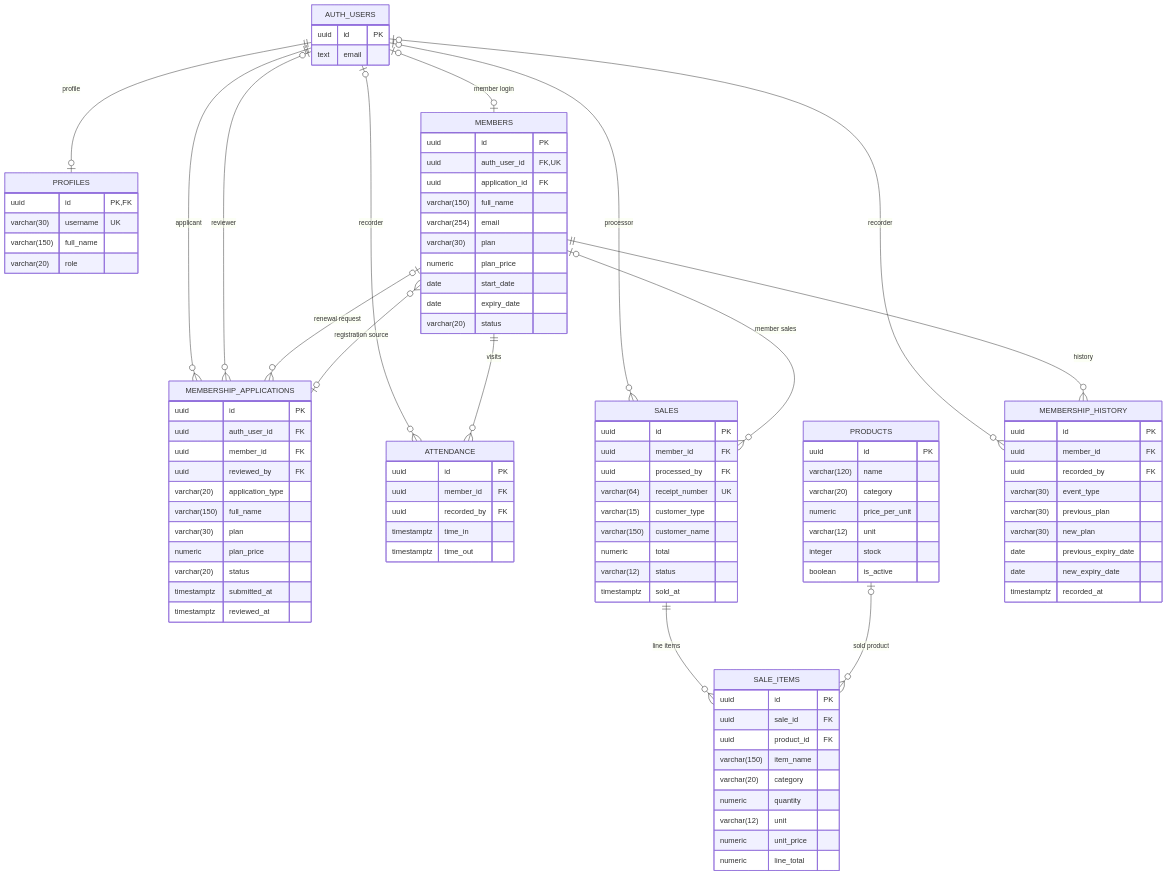
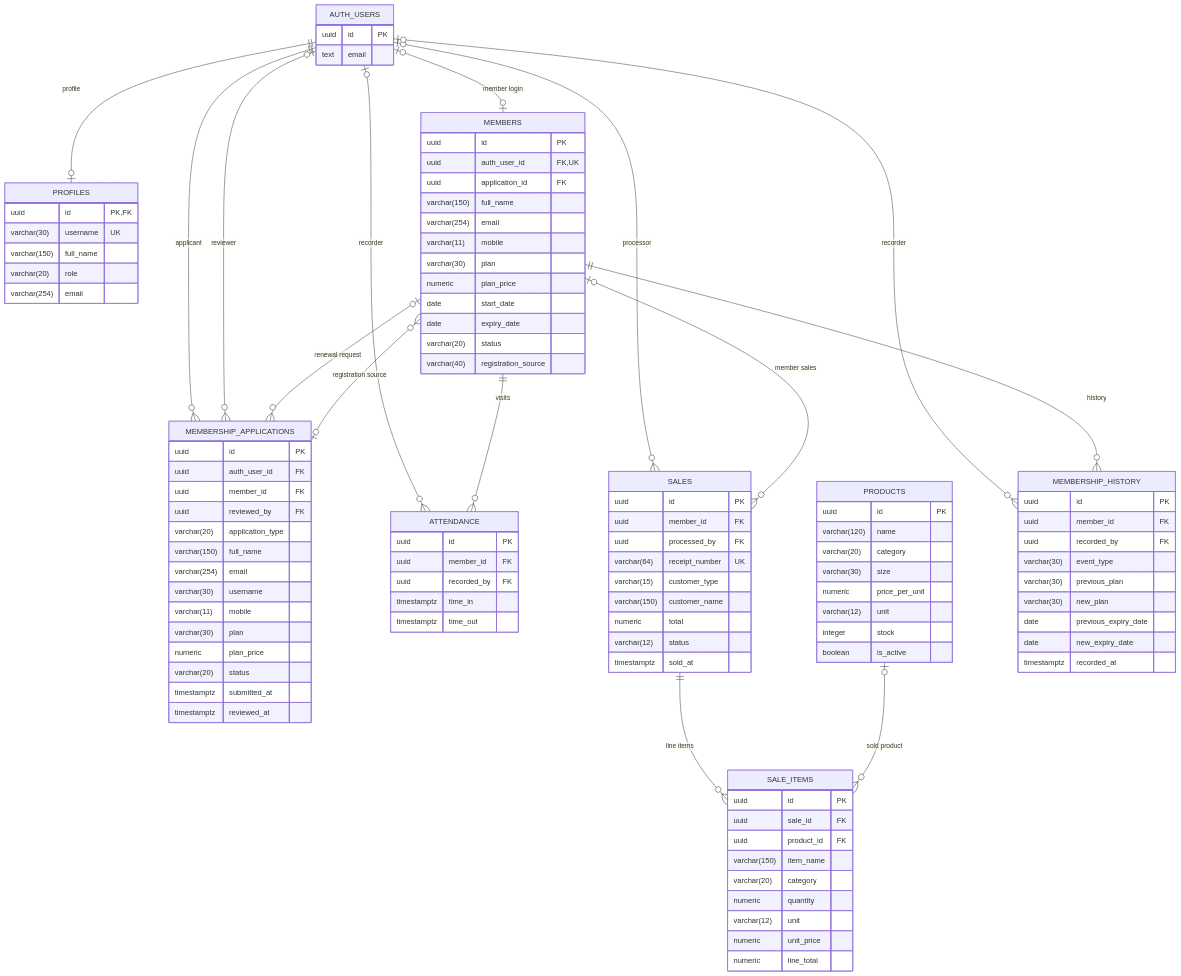
One commit to IronGrind/irongrind.github.io changed the diagram in Documentations/iron-grind-erd-simplified.mmd. Above: the diagram before and after it, drawn with Mermaid. The commit also changed 1 other file, not shown here.

Commit message:
Add new fields to ERD and update data types in documentation files

```diff
--- a/Documentations/iron-grind-erd-simplified.mmd
+++ b/Documentations/iron-grind-erd-simplified.mmd
@@ -1,114 +1,121 @@
 erDiagram
     direction TB
     %% Simplified view of the project database: core fields and declared foreign keys.
     %% AUTH_USERS represents Supabase auth.users, which is managed outside public.
     %% Nullable foreign keys and uniqueness are shown where they affect relationships.
 
     AUTH_USERS {
         uuid id PK
         text email
     }
 
     PROFILES {
         uuid id PK,FK
         varchar(30) username UK
         varchar(150) full_name
         varchar(20) role
+        varchar(254) email
     }
 
     MEMBERS {
         uuid id PK
         uuid auth_user_id FK,UK
         uuid application_id FK
         varchar(150) full_name
         varchar(254) email
+        varchar(11) mobile
         varchar(30) plan
         numeric plan_price
         date start_date
         date expiry_date
         varchar(20) status
+        varchar(40) registration_source
     }
 
     MEMBERSHIP_APPLICATIONS {
         uuid id PK
         uuid auth_user_id FK
         uuid member_id FK
         uuid reviewed_by FK
         varchar(20) application_type
         varchar(150) full_name
+        varchar(254) email
+        varchar(30) username
+        varchar(11) mobile
         varchar(30) plan
         numeric plan_price
         varchar(20) status
         timestamptz submitted_at
         timestamptz reviewed_at
     }
 
     ATTENDANCE {
         uuid id PK
         uuid member_id FK
         uuid recorded_by FK
         timestamptz time_in
         timestamptz time_out
     }
 
     PRODUCTS {
         uuid id PK
         varchar(120) name
         varchar(20) category
+        varchar(30) size
         numeric price_per_unit
         varchar(12) unit
         integer stock
         boolean is_active
     }
 
     SALES {
         uuid id PK
         uuid member_id FK
         uuid processed_by FK
         varchar(64) receipt_number UK
         varchar(15) customer_type
         varchar(150) customer_name
         numeric total
         varchar(12) status
         timestamptz sold_at
     }
 
     SALE_ITEMS {
         uuid id PK
         uuid sale_id FK
         uuid product_id FK
         varchar(150) item_name
         varchar(20) category
         numeric quantity
         varchar(12) unit
         numeric unit_price
         numeric line_total
     }
 
     MEMBERSHIP_HISTORY {
         uuid id PK
         uuid member_id FK
         uuid recorded_by FK
         varchar(30) event_type
         varchar(30) previous_plan
         varchar(30) new_plan
         date previous_expiry_date
         date new_expiry_date
         timestamptz recorded_at
     }
 
     AUTH_USERS ||--o| PROFILES : "profile"
     AUTH_USERS o|--o| MEMBERS : "member login"
     AUTH_USERS ||--o{ MEMBERSHIP_APPLICATIONS : "applicant"
     AUTH_USERS o|--o{ MEMBERSHIP_APPLICATIONS : "reviewer"
     AUTH_USERS o|--o{ ATTENDANCE : "recorder"
     AUTH_USERS o|--o{ SALES : "processor"
     AUTH_USERS o|--o{ MEMBERSHIP_HISTORY : "recorder"
 
     MEMBERS o|--o{ MEMBERSHIP_APPLICATIONS : "renewal request"
     MEMBERSHIP_APPLICATIONS o|--o{ MEMBERS : "registration source"
     MEMBERS ||--o{ ATTENDANCE : "visits"
     MEMBERS o|--o{ SALES : "member sales"
     MEMBERS ||--o{ MEMBERSHIP_HISTORY : "history"
     SALES ||--o{ SALE_ITEMS : "line items"
     PRODUCTS o|--o{ SALE_ITEMS : "sold product"
```
